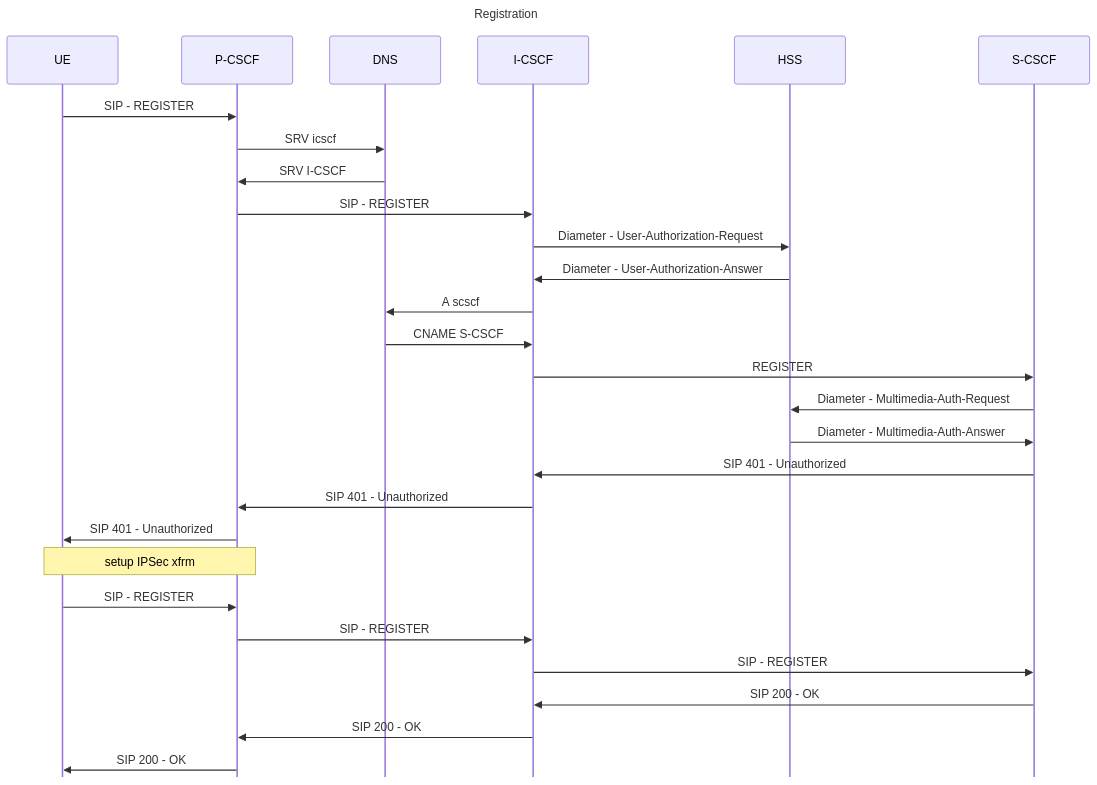
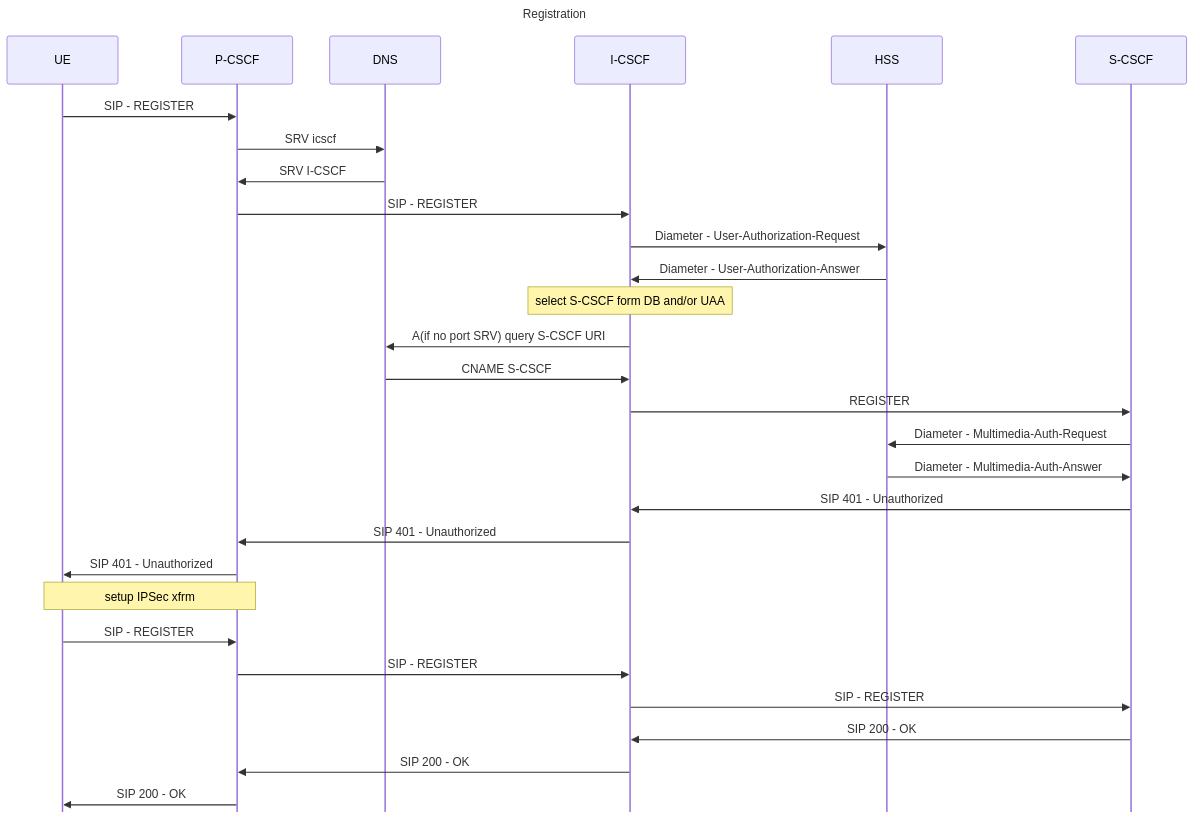
The diagram in README.md (lyatanski/ims), drawn with Mermaid before and after one commit.

````diff
--- a/README.md
+++ b/README.md
@@ -14,30 +14,31 @@
 ```mermaid
 ---
 title: Registration
 config:
   mirrorActors: false
 ---
 sequenceDiagram
     UE->>P-CSCF: SIP - REGISTER
     P-CSCF->>DNS: SRV icscf
     DNS->>P-CSCF: SRV I-CSCF
     P-CSCF->>I-CSCF: SIP - REGISTER
     I-CSCF->>HSS: Diameter - User-Authorization-Request
     HSS->>I-CSCF: Diameter - User-Authorization-Answer
-    I-CSCF->>DNS: A scscf
+    Note over I-CSCF: select S-CSCF form DB and/or UAA
+    I-CSCF->>DNS: A(if no port SRV) query S-CSCF URI
     DNS->>I-CSCF: CNAME S-CSCF
     I-CSCF->>S-CSCF: REGISTER
     S-CSCF->>HSS: Diameter - Multimedia-Auth-Request
     HSS->>S-CSCF: Diameter - Multimedia-Auth-Answer
     S-CSCF->>I-CSCF: SIP 401 - Unauthorized
     I-CSCF->>P-CSCF: SIP 401 - Unauthorized
     P-CSCF->>UE: SIP 401 - Unauthorized
     Note over UE,P-CSCF: setup IPSec xfrm
     UE->>P-CSCF: SIP - REGISTER
     P-CSCF->>I-CSCF: SIP - REGISTER
     I-CSCF->>S-CSCF: SIP - REGISTER
     S-CSCF->>I-CSCF: SIP 200 - OK
     I-CSCF->>P-CSCF: SIP 200 - OK
     P-CSCF->>UE: SIP 200 - OK
 
 ```
````
